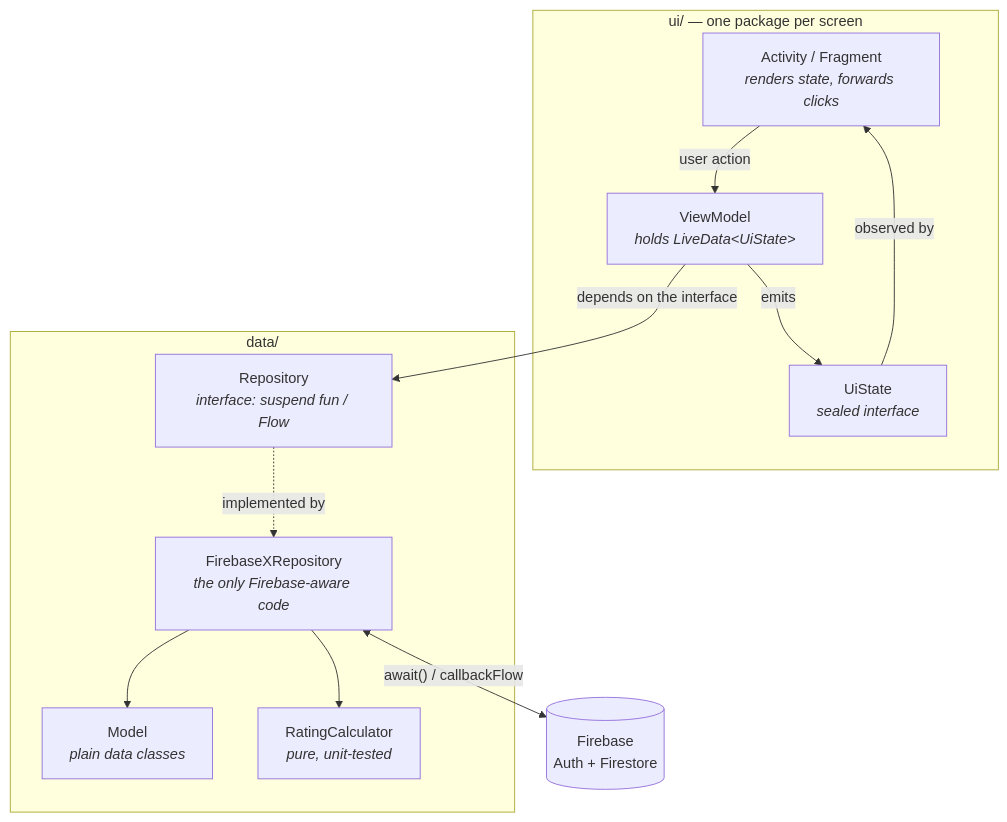
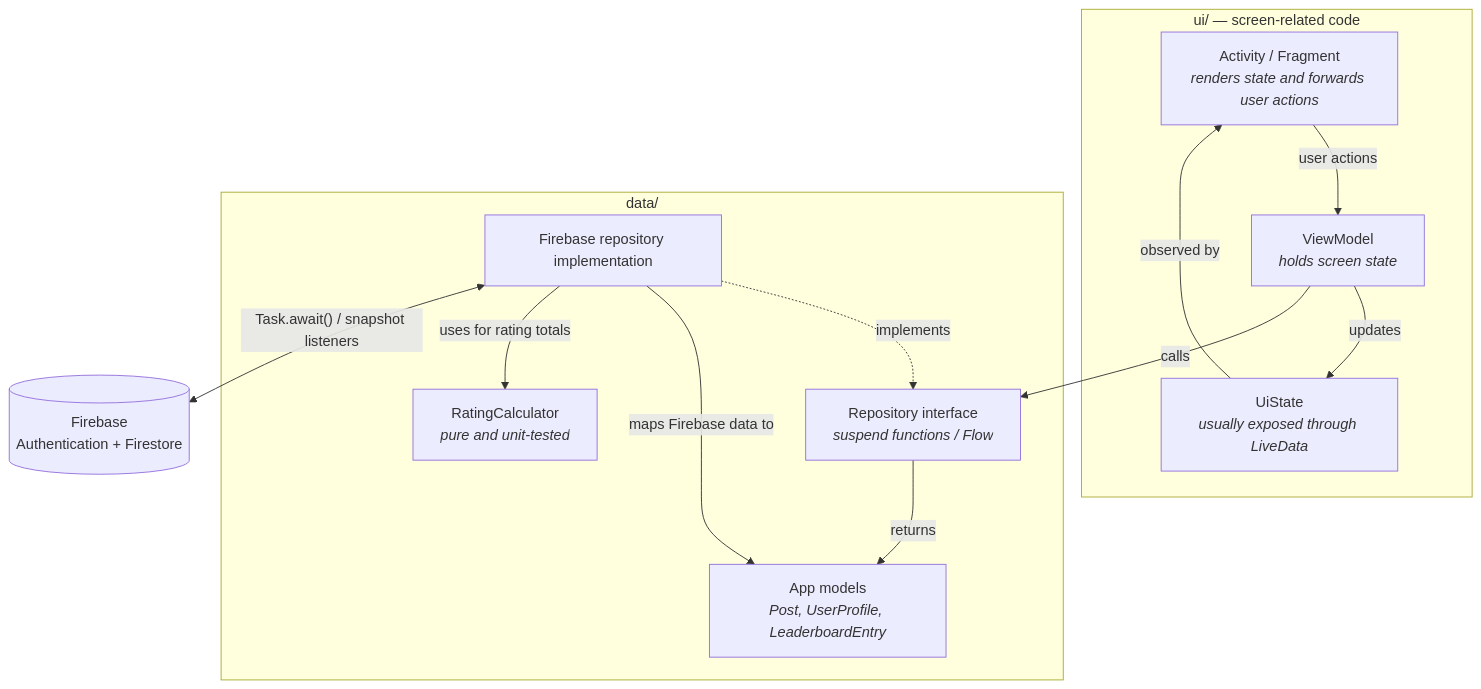
One commit to duuyguyiilmaz/CampusNote changed the diagram in README.md. Above: the diagram before and after it, drawn with Mermaid. The commit also changed other lines of this file, not shown here.

Commit message:
docs: refresh README to match current app

````diff
--- a/README.md
+++ b/README.md
@@ -78,26 +76,27 @@
 ```mermaid
 flowchart TD
-    subgraph ui["ui/ — one package per screen"]
-        A["Activity / Fragment<br/><i>renders state, forwards clicks</i>"]
-        B["ViewModel<br/><i>holds LiveData&lt;UiState&gt;</i>"]
-        C["UiState<br/><i>sealed interface</i>"]
+    subgraph ui["ui/ — screen-related code"]
+        A["Activity / Fragment<br/><i>renders state and forwards user actions</i>"]
+        B["ViewModel<br/><i>holds screen state</i>"]
+        C["UiState<br/><i>usually exposed through LiveData</i>"]
     end
 
     subgraph data["data/"]
-        D["Repository<br/><i>interface: suspend fun / Flow</i>"]
-        H["FirebaseXRepository<br/><i>the only Firebase-aware code</i>"]
-        E["Model<br/><i>plain data classes</i>"]
-        F["RatingCalculator<br/><i>pure, unit-tested</i>"]
+        D["Repository interface<br/><i>suspend functions / Flow</i>"]
+        E["Firebase repository implementation"]
+        F["App models<br/><i>Post, UserProfile, LeaderboardEntry</i>"]
+        H["RatingCalculator<br/><i>pure and unit-tested</i>"]
     end
 
-    G[("Firebase<br/>Auth + Firestore")]
+    G[("Firebase<br/>Authentication + Firestore")]
 
-    A -->|"user action"| B
-    B -->|"emits"| C
+    A -->|"user actions"| B
+    B -->|"updates"| C
     C -->|"observed by"| A
-    B -->|"depends on the interface"| D
-    D -.->|"implemented by"| H
-    H --> E
-    H --> F
-    H <-->|"await() / callbackFlow"| G
+    B -->|"calls"| D
+    E -.->|"implements"| D
+    D -->|"returns"| F
+    E -->|"maps Firebase data to"| F
+    E -->|"uses for rating totals"| H
+    E <-->|"Task.await() / snapshot listeners"| G
 ```
````
